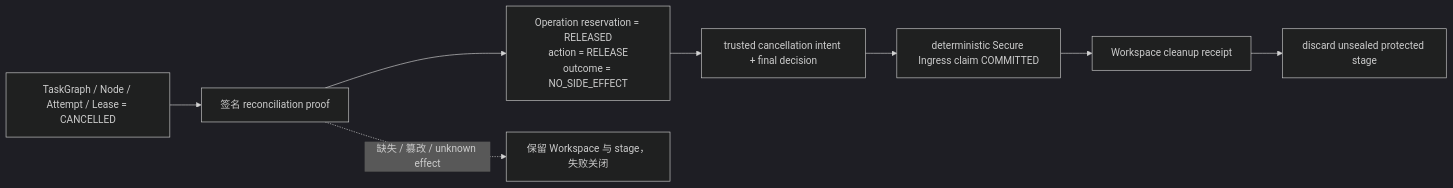
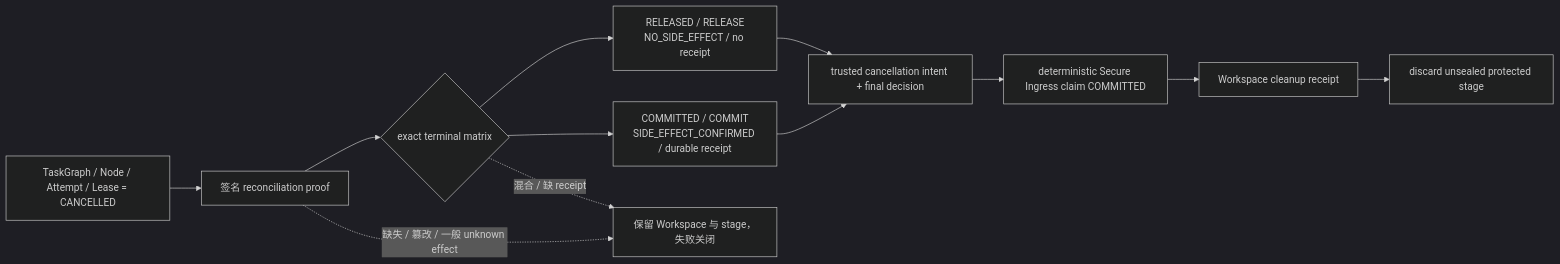
One commit to SakuraYoruno/Natsume_Ai changed diagram 13 of 23 in docs/50_project/arch/DATA_FLOW_ARCHITECTURE.md. Above: the diagram before and after it, drawn with Mermaid (dark theme). The commit also changed other lines of this file and 21 other files, not shown here.

````diff
--- a/docs/50_project/arch/DATA_FLOW_ARCHITECTURE.md
+++ b/docs/50_project/arch/DATA_FLOW_ARCHITECTURE.md
@@ -723,10 +723,14 @@
 ```mermaid
 flowchart LR
     T["TaskGraph / Node / Attempt / Lease = CANCELLED"] --> P["签名 reconciliation proof"]
-    P --> R["Operation reservation = RELEASED<br/>action = RELEASE<br/>outcome = NO_SIDE_EFFECT"]
-    R --> D["trusted cancellation intent + final decision"]
+    P --> R{"exact terminal matrix"}
+    R --> N["RELEASED / RELEASE<br/>NO_SIDE_EFFECT / no receipt"]
+    R --> E["COMMITTED / COMMIT<br/>SIDE_EFFECT_CONFIRMED / durable receipt"]
+    N --> D["trusted cancellation intent + final decision"]
+    E --> D
     D --> C["deterministic Secure Ingress claim COMMITTED"]
     C --> W["Workspace cleanup receipt"]
     W --> S["discard unsealed protected stage"]
-    P -. "缺失 / 篡改 / unknown effect" .-> H["保留 Workspace 与 stage，失败关闭"]
+    P -. "缺失 / 篡改 / 一般 unknown effect" .-> H["保留 Workspace 与 stage，失败关闭"]
+    R -. "混合 / 缺 receipt" .-> H
 ```
````
